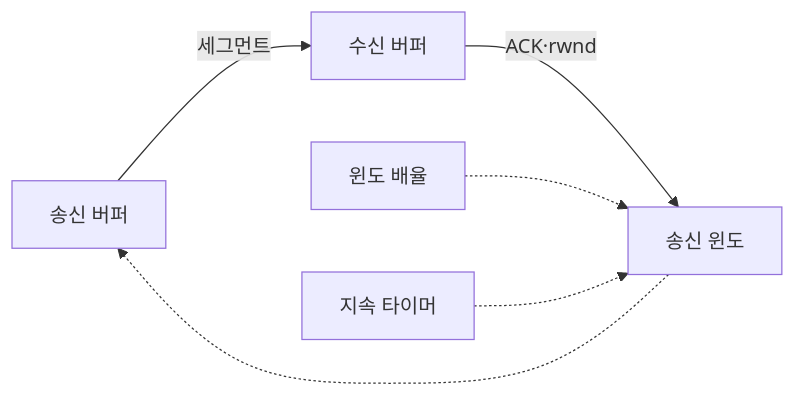
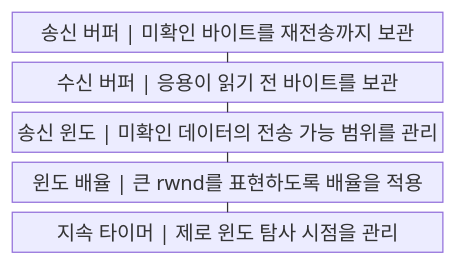
One commit to agnusdei1207/knowledge-base changed the first of 2 diagrams in src/content/docs/notes/04-network/024_tcp_flow_control.md. Above: the diagram before and after it, drawn with Mermaid. The commit also changed other lines of this file and 20 other files, not shown here.

````diff
--- a/src/content/docs/notes/04-network/024_tcp_flow_control.md
+++ b/src/content/docs/notes/04-network/024_tcp_flow_control.md
@@ -58,8 +58,13 @@
 ```mermaid
-flowchart LR
-    S["송신 버퍼"] -->|세그먼트| R["수신 버퍼"]
-    R -->|ACK·rwnd| W["송신 윈도"]
-    W -.-> S
-    O["윈도 배율"] -.-> W
-    P["지속 타이머"] -.-> W
+block
+    columns 1
+    A["송신 버퍼 | 미확인 바이트를 재전송까지 보관"]
+    B["수신 버퍼 | 응용이 읽기 전 바이트를 보관"]
+    C["송신 윈도 | 미확인 데이터의 전송 가능 범위를 관리"]
+    D["윈도 배율 | 큰 rwnd를 표현하도록 배율을 적용"]
+    E["지속 타이머 | 제로 윈도 탐사 시점을 관리"]
+    A --- B
+    B --- C
+    C --- D
+    D --- E
 ```
````
